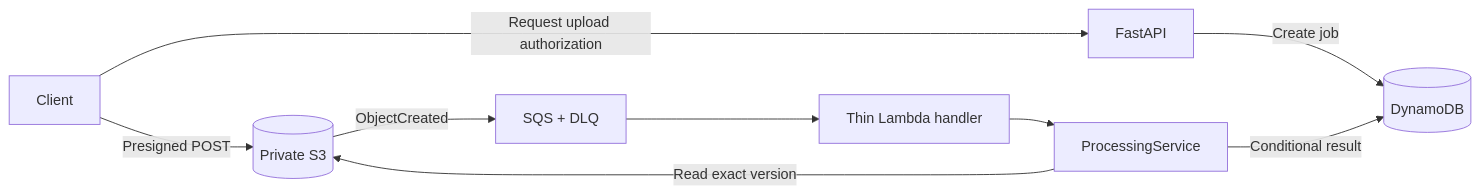
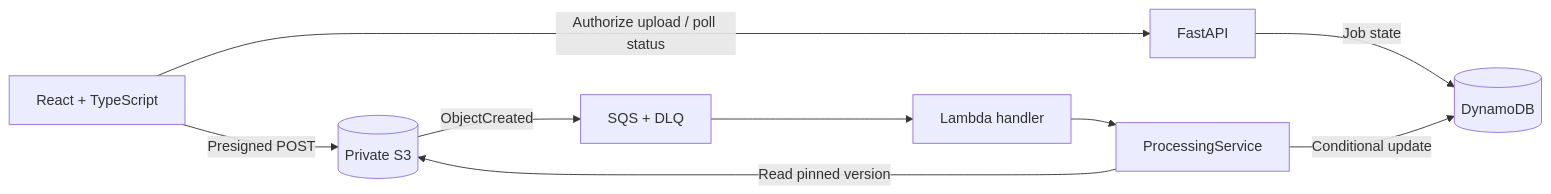
One commit to RoCalderon1405/event_driven_document_processor changed the diagram in README.md. Above: the diagram before and after it, drawn with Mermaid. The commit also changed other lines of this file, not shown here.

````diff
--- a/README.md
+++ b/README.md
@@ -65,11 +73,11 @@
 ```mermaid
 flowchart LR
-    Client -->|Request upload authorization| API[FastAPI]
-    API -->|Create job| DB[(DynamoDB)]
-    Client -->|Presigned POST| S3[(Private S3)]
-    S3 -->|ObjectCreated| SQS[SQS + DLQ]
-    SQS --> Lambda[Thin Lambda handler]
-    Lambda --> Core[ProcessingService]
-    Core -->|Read exact version| S3
-    Core -->|Conditional result| DB
+    UI["React + TypeScript"] -->|"Authorize upload / poll status"| API["FastAPI"]
+    UI -->|"Presigned POST"| S3[("Private S3")]
+    API -->|"Job state"| DB[("DynamoDB")]
+    S3 -->|"ObjectCreated"| SQS["SQS + DLQ"]
+    SQS --> LAMBDA["Lambda handler"]
+    LAMBDA --> CORE["ProcessingService"]
+    CORE -->|"Read pinned version"| S3
+    CORE -->|"Conditional update"| DB
 ```
````
